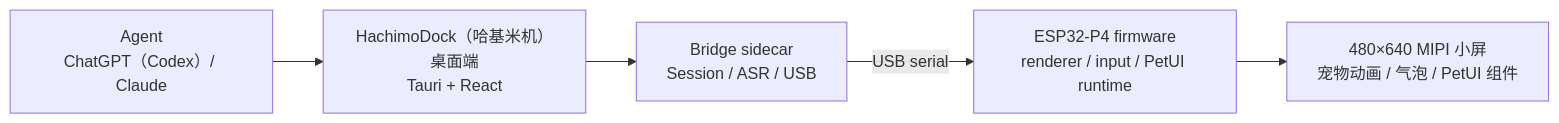
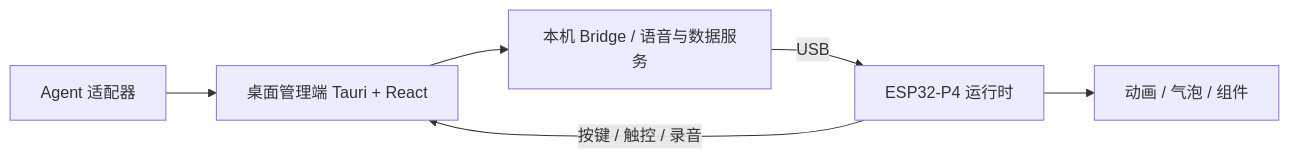
The diagram in README.md (YizhengWw/HachimoDock), drawn with Mermaid before and after one commit. The commit also changed other lines of this file and 14 other files, not shown here.

````diff
--- a/README.md
+++ b/README.md
@@ -198,13 +165,8 @@
 ```mermaid
 flowchart LR
-  agent["Agent<br/>ChatGPT（Codex）/ Claude"]
-  desktop["HachimoDock（哈基米机）桌面端<br/>Tauri + React"]
-  bridge["Bridge sidecar<br/>Session / ASR / USB"]
-  board["ESP32-P4 firmware<br/>renderer / input / PetUI runtime"]
-  screen["480×640 MIPI 小屏<br/>宠物动画 / 气泡 / PetUI 组件"]
-
-  agent --> desktop
-  desktop --> bridge
-  bridge -->|"USB serial"| board
-  board --> screen
+  agents[Agent 适配器] --> desktop[桌面管理端 Tauri + React]
+  desktop --> bridge[本机 Bridge / 语音与数据服务]
+  bridge -->|USB| board[ESP32-P4 运行时]
+  board --> screen[动画 / 气泡 / 组件]
+  board -->|按键 / 触控 / 录音| desktop
 ```
````
